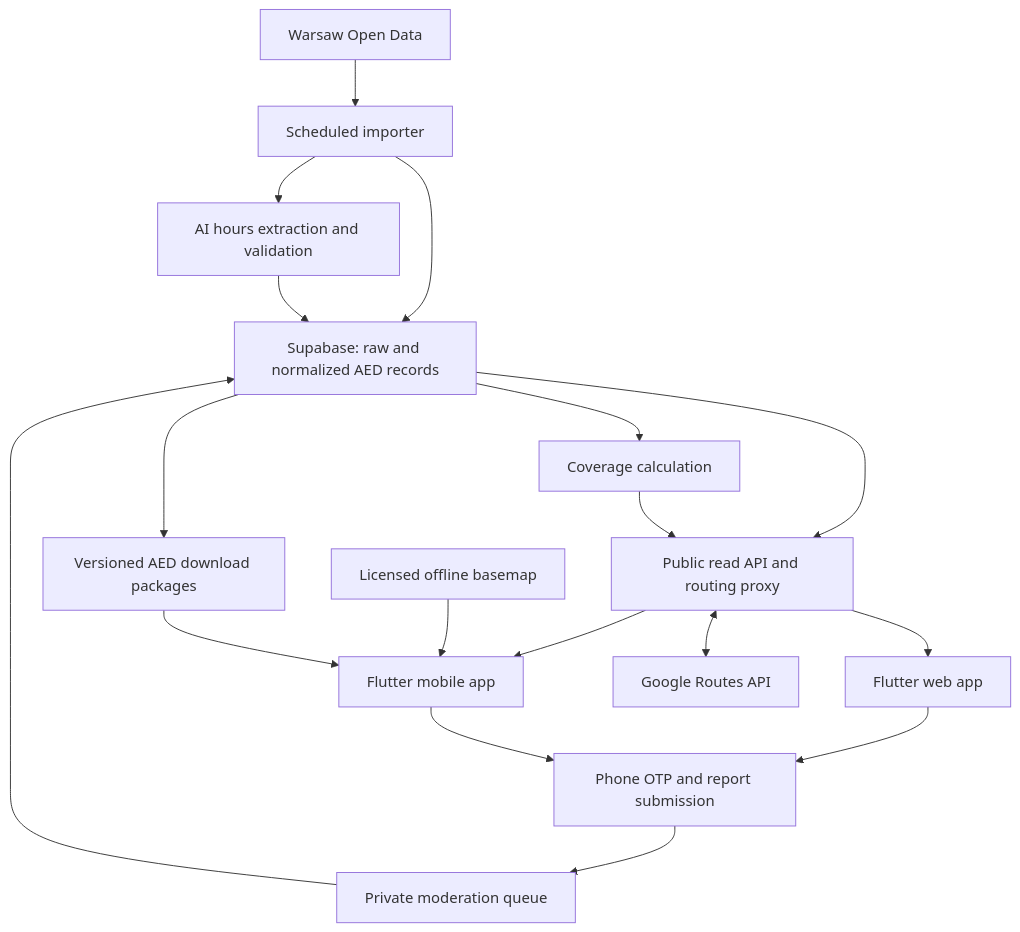
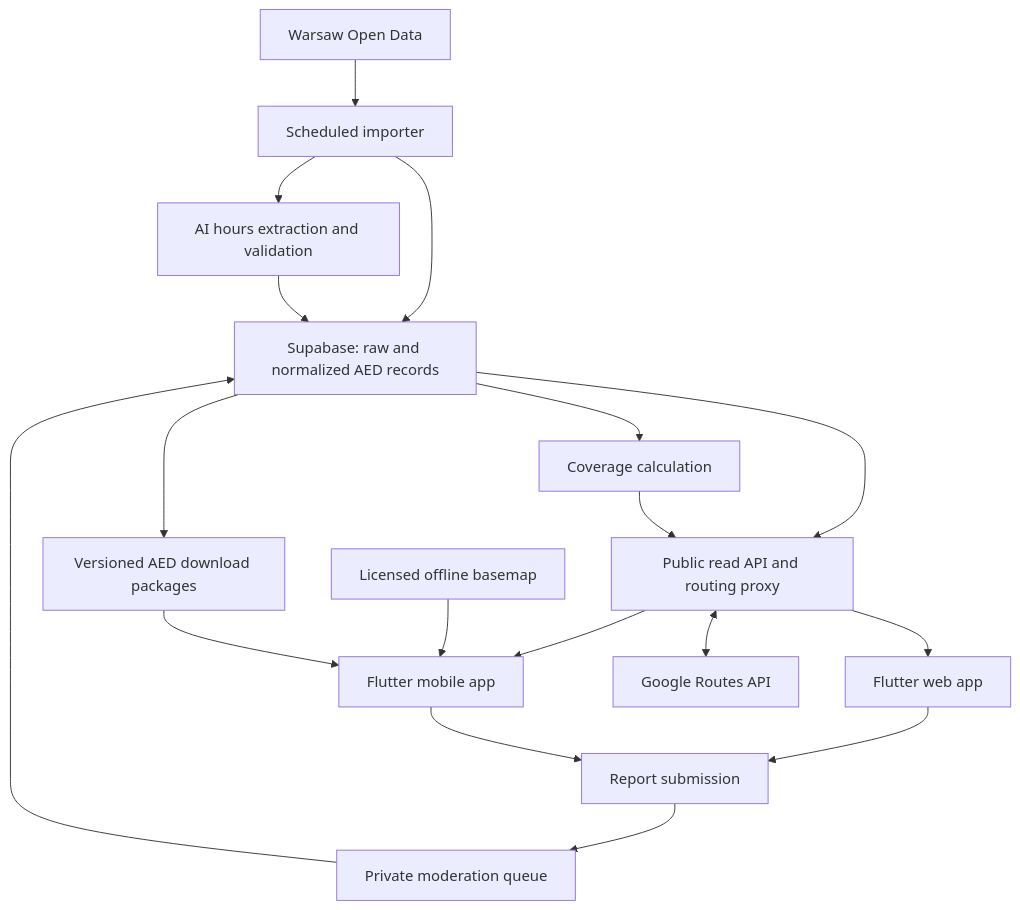
Before and after one commit to gitlassian/warsaw42: the diagram in PLAN.md, drawn with Mermaid. The commit also changed other lines of this file and 13 other files, not shown here.

````diff
--- a/PLAN.md
+++ b/PLAN.md
@@ -51,20 +51,20 @@
 ```mermaid
 flowchart TD
     W[Warsaw Open Data] --> I[Scheduled importer]
     I --> S[Supabase: raw and normalized AED records]
     I --> A[AI hours extraction and validation]
     A --> S
     S --> B[Public read API and routing proxy]
     B --> WEB[Flutter web app]
     B --> MOB[Flutter mobile app]
     B <--> G[Google Routes API]
     S --> P[Versioned AED download packages]
     T[Licensed offline basemap] --> MOB
     P --> MOB
     S --> C[Coverage calculation]
     C --> B
-    WEB --> R[Phone OTP and report submission]
+    WEB --> R[Report submission]
     MOB --> R
     R --> Q[Private moderation queue]
     Q --> S
 ```
````
